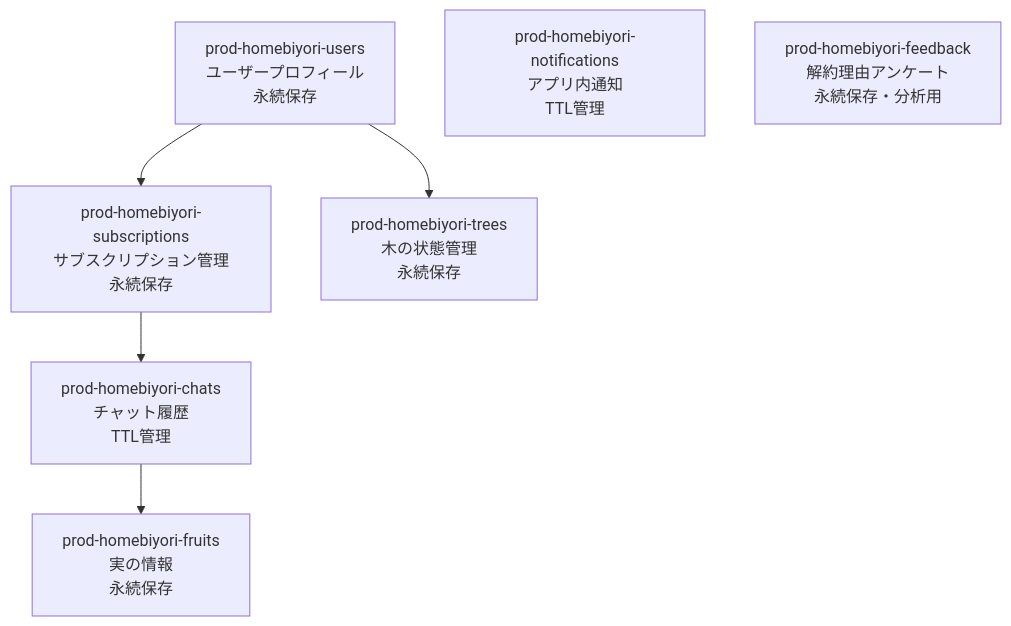
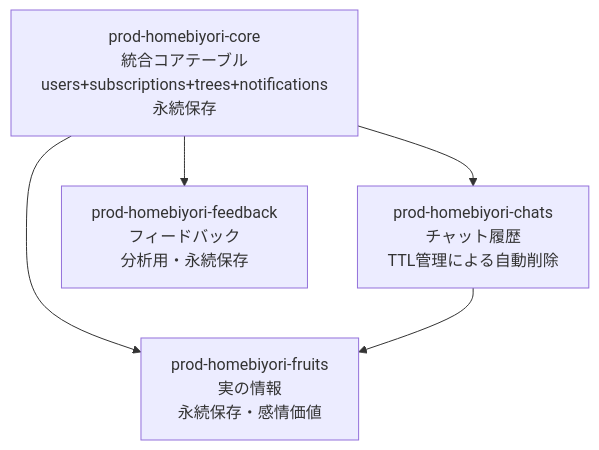
One commit to sodafloatlab/homebiyori changed the diagram in .kiro/specs/homebi-yori/design_database.md. Above: the diagram before and after it, drawn with Mermaid. The commit also changed other lines of this file and 34 other files, not shown here.

````diff
--- a/.kiro/specs/homebi-yori/design_database.md
+++ b/.kiro/specs/homebi-yori/design_database.md
@@ -16,15 +16,12 @@
 ```mermaid
 graph TB
-    Users[prod-homebiyori-users<br/>ユーザープロフィール<br/>永続保存]
-    Subscriptions[prod-homebiyori-subscriptions<br/>サブスクリプション管理<br/>永続保存]
-    Trees[prod-homebiyori-trees<br/>木の状態管理<br/>永続保存]
-    Fruits[prod-homebiyori-fruits<br/>実の情報<br/>永続保存]
-    Chats[prod-homebiyori-chats<br/>チャット履歴<br/>TTL管理]
-    Notifications[prod-homebiyori-notifications<br/>アプリ内通知<br/>TTL管理]
-    Feedback[prod-homebiyori-feedback<br/>解約理由アンケート<br/>永続保存・分析用]
+    Core[prod-homebiyori-core<br/>統合コアテーブル<br/>users+subscriptions+trees+notifications<br/>永続保存]
+    Chats[prod-homebiyori-chats<br/>チャット履歴<br/>TTL管理による自動削除]
+    Fruits[prod-homebiyori-fruits<br/>実の情報<br/>永続保存・感情価値]
+    Feedback[prod-homebiyori-feedback<br/>フィードバック<br/>分析用・永続保存]
     
-    Users --> Trees
-    Users --> Subscriptions
+    Core --> Chats
+    Core --> Fruits
     Chats --> Fruits
-    Subscriptions --> Chats
+    Core --> Feedback
 ```
````
